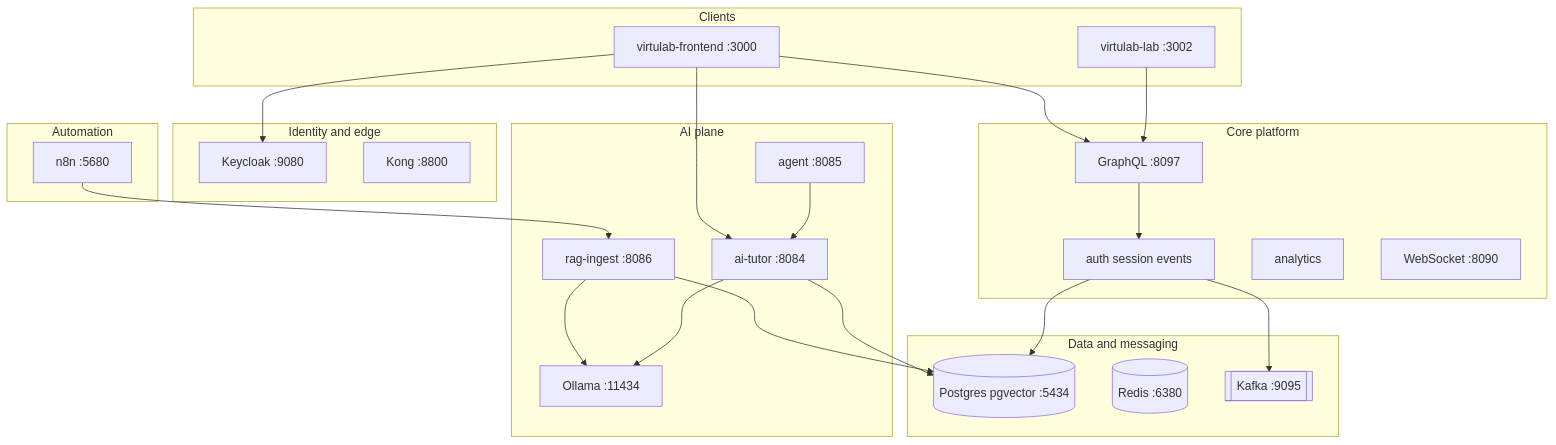
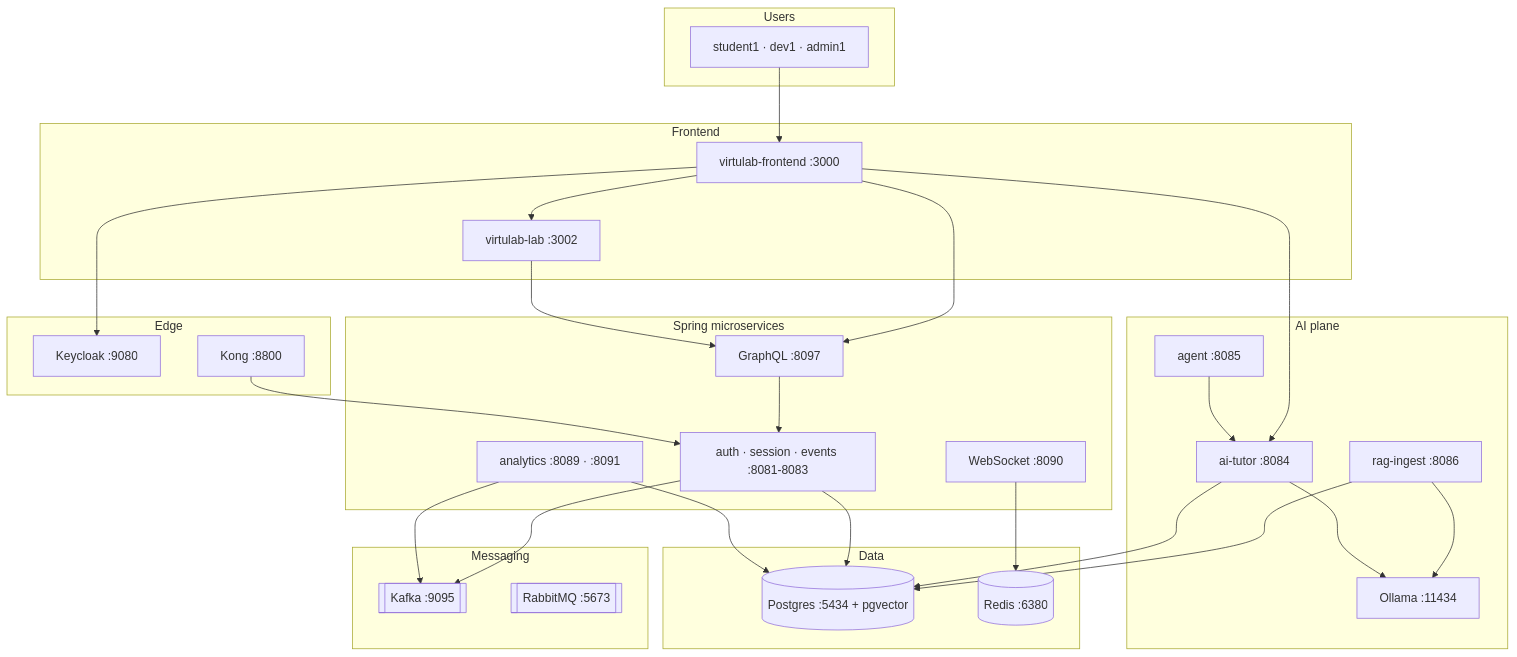
One commit to dseevs/Rag-GenAI-n8n-AgenticAI changed the diagram in README.md. Above: the diagram before and after it, drawn with Mermaid. The commit also changed other lines of this file and 4 other files, not shown here.

Commit message:
docs: restore README depth and add HLD/LLD architecture guide

````diff
--- a/README.md
+++ b/README.md
@@ -67,50 +46,59 @@
 ```mermaid
 flowchart TB
-  subgraph clients [Clients]
-    WEB[virtulab-frontend :3000]
-    LAB[virtulab-lab :3002]
+  subgraph users [Users]
+    U[student1 · dev1 · admin1]
   end
 
-  subgraph edge [Identity and edge]
-    KC[Keycloak :9080]
-    KONG[Kong :8800]
+  subgraph frontend [Frontend]
+    FE["virtulab-frontend :3000"]
+    LAB["virtulab-lab :3002"]
   end
 
-  subgraph core [Core platform]
-    GQL[GraphQL :8097]
-    AUTH[auth session events]
-    AN[analytics]
-    WS[WebSocket :8090]
+  subgraph edge [Edge]
+    KC["Keycloak :9080"]
+    KONG["Kong :8800"]
+  end
+
+  subgraph api [Spring microservices]
+    GQL["GraphQL :8097"]
+    CORE["auth · session · events :8081-8083"]
+    AN["analytics :8089 · :8091"]
+    WS["WebSocket :8090"]
   end
 
   subgraph ai [AI plane]
-    RAG[rag-ingest :8086]
-    TUTOR[ai-tutor :8084]
-    AGENT[agent :8085]
-    OL[Ollama :11434]
+    RAG["rag-ingest :8086"]
+    TUTOR["ai-tutor :8084"]
+    AGENT["agent :8085"]
+    OL["Ollama :11434"]
   end
 
-  subgraph auto [Automation]
-    N8N[n8n :5680]
+  subgraph data [Data]
+    PG[("Postgres :5434 + pgvector")]
+    REDIS[("Redis :6380")]
   end
 
-  subgraph data [Data and messaging]
-    PG[(Postgres pgvector :5434)]
-    REDIS[(Redis :6380)]
-    KAFKA[[Kafka :9095]]
+  subgraph msg [Messaging]
+    KAFKA[["Kafka :9095"]]
+    RMQ[["RabbitMQ :5673"]]
   end
 
-  WEB --> KC
-  WEB --> GQL
-  WEB --> TUTOR
+  U --> FE
+  FE --> KC
+  FE --> GQL
+  FE --> LAB
+  FE --> TUTOR
   LAB --> GQL
-  GQL --> AUTH
-  AUTH --> PG
-  AUTH --> KAFKA
+  GQL --> CORE
+  KONG --> CORE
+  CORE --> PG
+  CORE --> KAFKA
   RAG --> PG
   RAG --> OL
   TUTOR --> PG
   TUTOR --> OL
   AGENT --> TUTOR
-  N8N --> RAG
+  AN --> PG
+  AN --> KAFKA
+  WS --> REDIS
 ```
````
